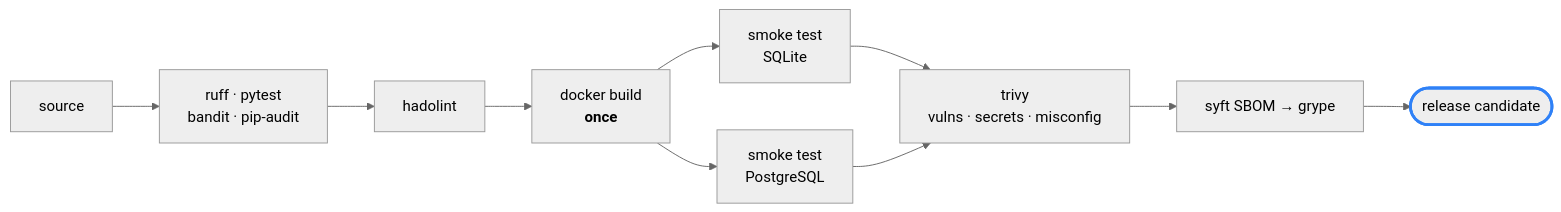
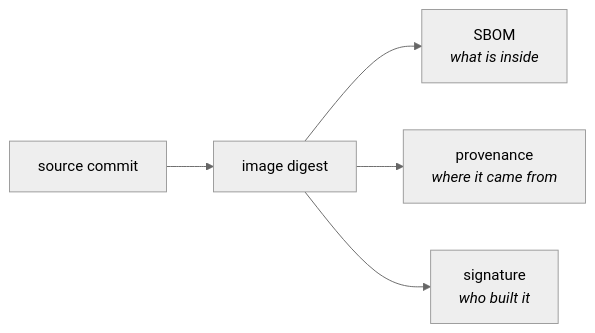
Before and after one commit to gcodiac/python-to-production: the fourth of 4 diagrams in README.md, drawn with Mermaid (neutral theme). The commit also changed other lines of this file and 1 other file, not shown here.

````diff
--- a/README.md
+++ b/README.md
@@ -71,13 +56,7 @@
 ```mermaid
 flowchart LR
-    SRC["source"] --> Q["ruff · pytest<br/>bandit · pip-audit"]
-    Q --> H["hadolint"]
-    H --> BLD["docker build<br/><b>once</b>"]
-    BLD --> T1["smoke test<br/>SQLite"]
-    BLD --> T2["smoke test<br/>PostgreSQL"]
-    T1 --> SC["trivy<br/>vulns · secrets · misconfig"]
-    T2 --> SC
-    SC --> SB["syft SBOM → grype"]
-    SB --> RC(["release candidate"])
-    style RC stroke:#2f81f7,stroke-width:3px
+    S["source commit"] --> I["image digest"]
+    I --> SB["SBOM<br/><i>what is inside</i>"]
+    I --> PR2["provenance<br/><i>where it came from</i>"]
+    I --> SG["signature<br/><i>who built it</i>"]
 ```
````
